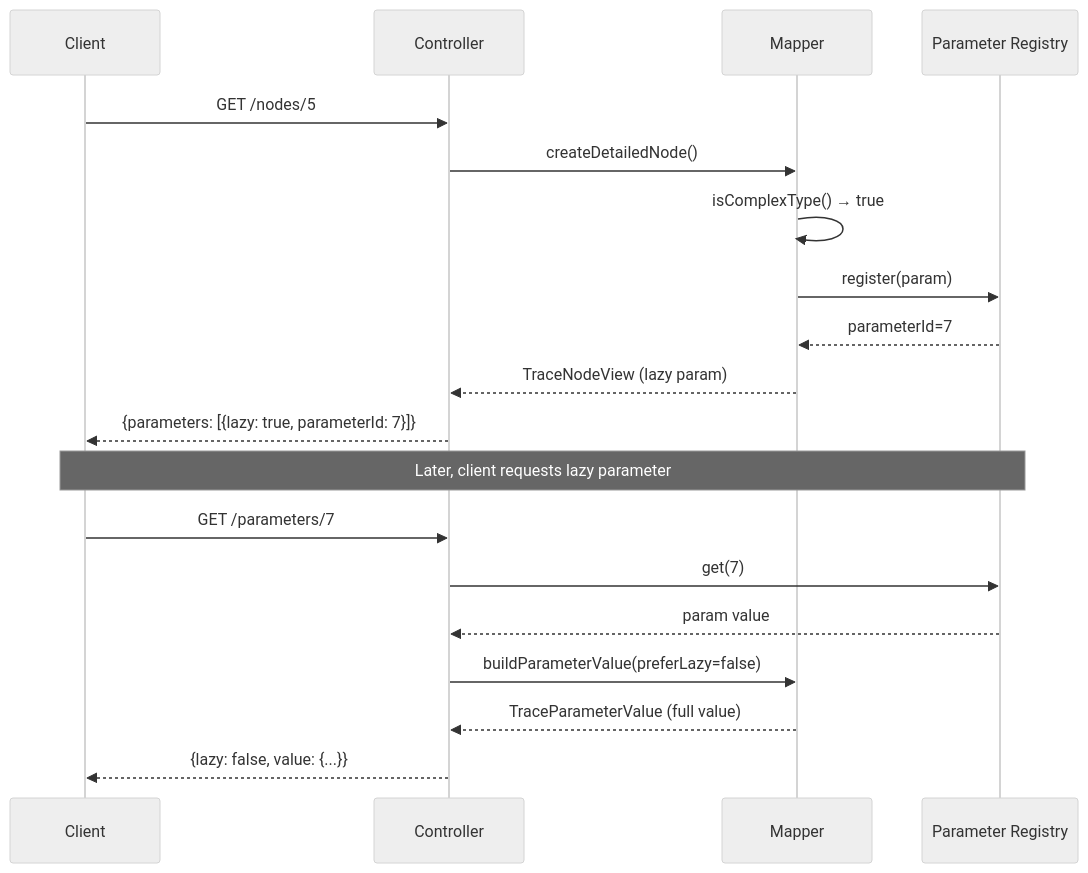
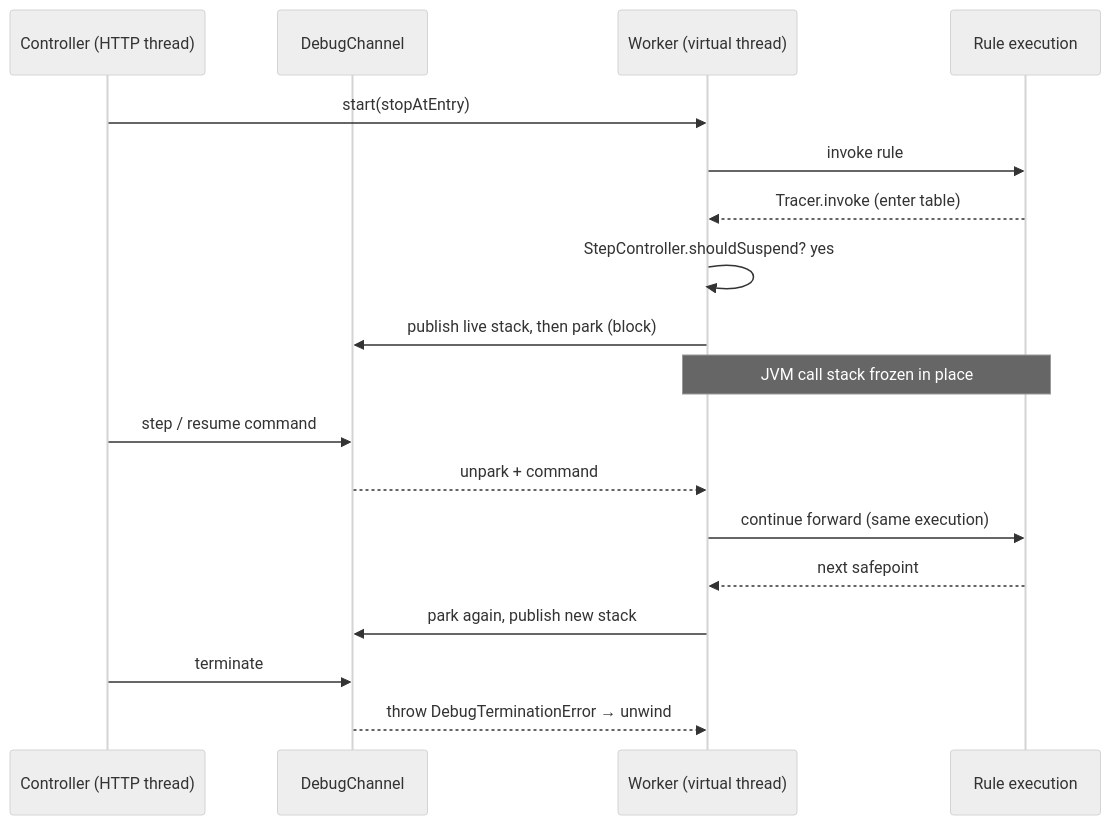
The first of 4 diagrams in Docs/api/projects-trace-architecture.md (openl-tablets/openl-tablets), drawn with Mermaid (neutral theme) before and after one commit. The commit also changed other lines of this file and 74 other files, not shown here.

First line of the commit message:
Rework Trace into an interactive step debugger

````diff
--- a/Docs/api/projects-trace-architecture.md
+++ b/Docs/api/projects-trace-architecture.md
@@ -1025,24 +67,21 @@
-``` mermaid
+```mermaid
 sequenceDiagram
-    participant Client
-    participant Controller
-    participant Mapper
-    participant ParamReg as Parameter Registry
+    participant C as Controller (HTTP thread)
+    participant Ch as DebugChannel
+    participant W as Worker (virtual thread)
+    participant R as Rule execution
 
-    Client->>Controller: GET /nodes/5
-    Controller->>Mapper: createDetailedNode()
-    Mapper->>Mapper: isComplexType() → true
-    Mapper->>ParamReg: register(param)
-    ParamReg-->>Mapper: parameterId=7
-    Mapper-->>Controller: TraceNodeView (lazy param)
-    Controller-->>Client: {parameters: [{lazy: true, parameterId: 7}]}
-
-    Note over Client,ParamReg: Later, client requests lazy parameter
-
-    Client->>Controller: GET /parameters/7
-    Controller->>ParamReg: get(7)
-    ParamReg-->>Controller: param value
-    Controller->>Mapper: buildParameterValue(preferLazy=false)
-    Mapper-->>Controller: TraceParameterValue (full value)
-    Controller-->>Client: {lazy: false, value: {...}}
+    C->>W: start(stopAtEntry)
+    W->>R: invoke rule
+    R-->>W: Tracer.invoke (enter table)
+    W->>W: StepController.shouldSuspend? yes
+    W->>Ch: publish live stack, then park (block)
+    Note over W,R: JVM call stack frozen in place
+    C->>Ch: step / resume command
+    Ch-->>W: unpark + command
+    W->>R: continue forward (same execution)
+    R-->>W: next safepoint
+    W->>Ch: park again, publish new stack
+    C->>Ch: terminate
+    Ch-->>W: throw DebugTerminationError → unwind
 ```
````
